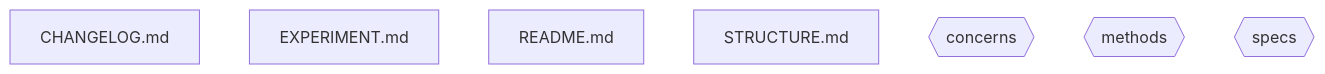
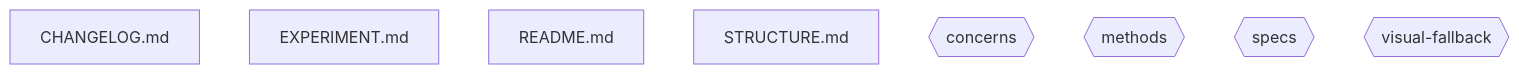
Before and after one commit to andyluss/LiveRefu: the diagram in lab/formal-system/STRUCTURE.md, drawn with Mermaid. The commit also changed other lines of this file and 11 other files, not shown here.

````diff
--- a/lab/formal-system/STRUCTURE.md
+++ b/lab/formal-system/STRUCTURE.md
@@ -34,10 +36,11 @@
 ```mermaid
 graph TD
     N0[CHANGELOG.md]
     N1[EXPERIMENT.md]
     N2[README.md]
     N3[STRUCTURE.md]
     N4{{concerns}}
     N5{{methods}}
     N6{{specs}}
+    N7{{visual-fallback}}
 ```
````
